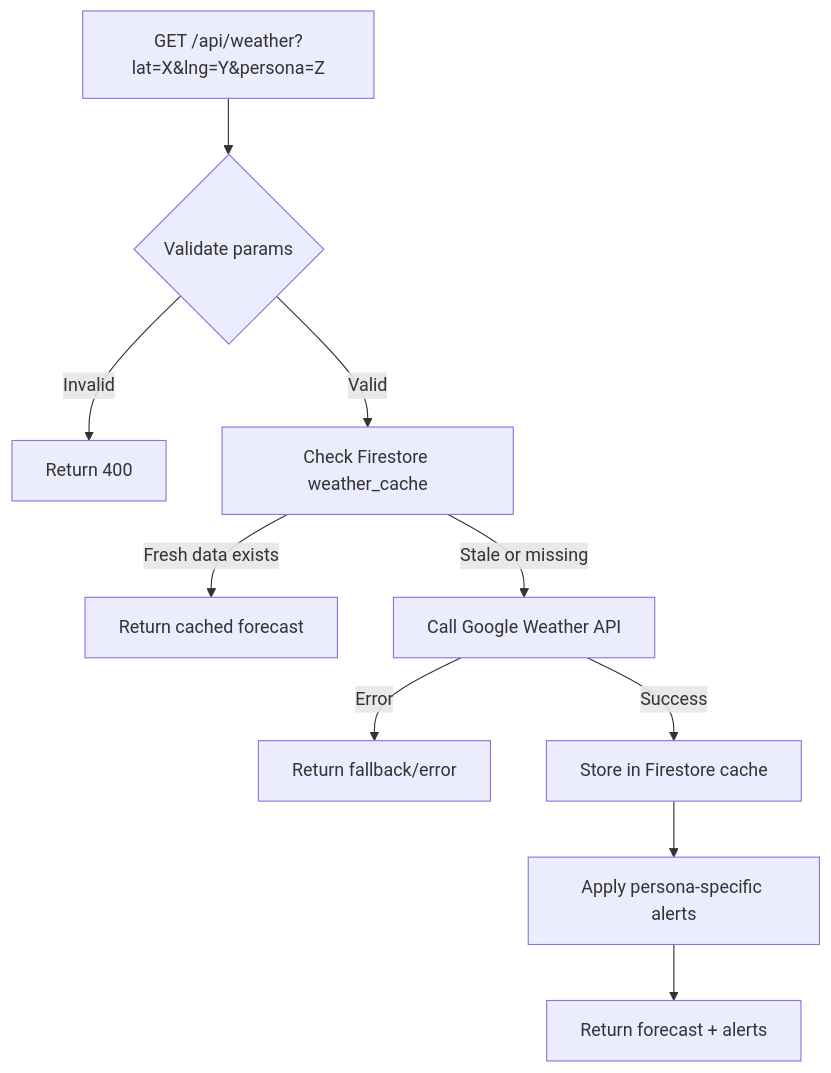
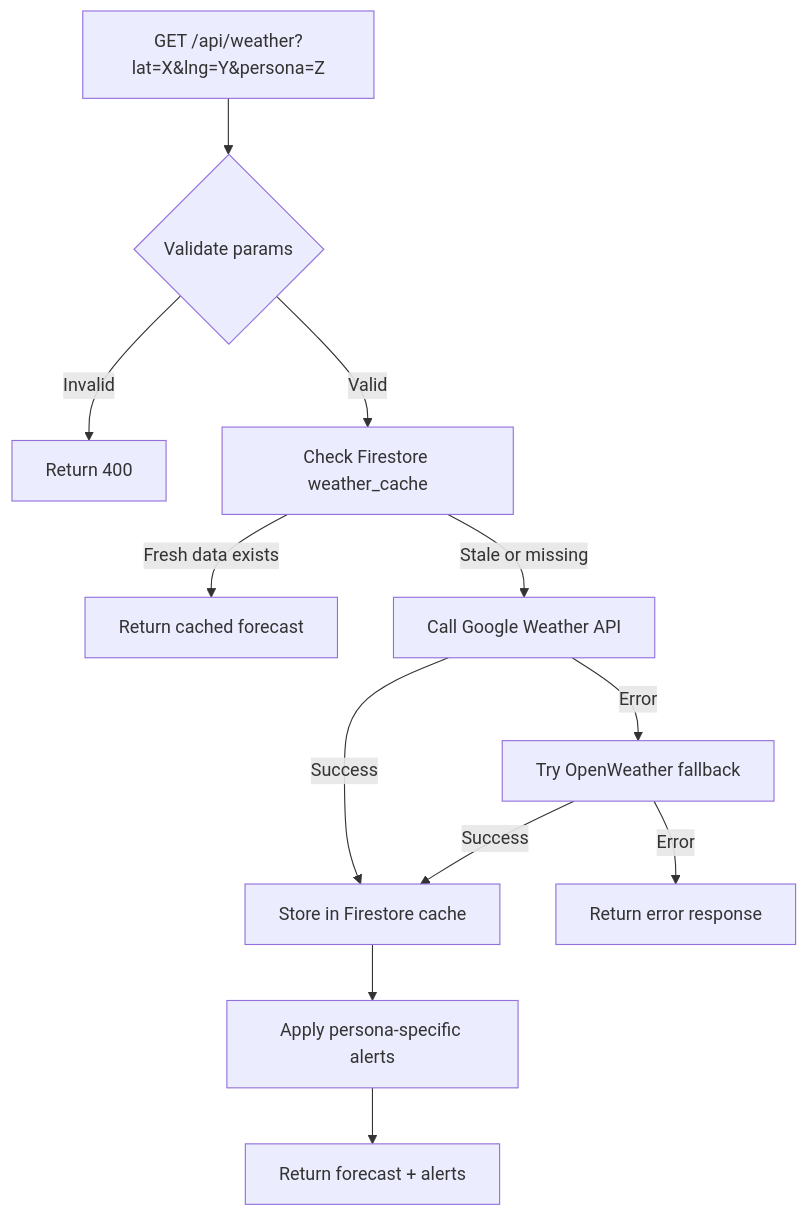
One commit to Oweeboi011/Fit-Ready-IQ changed the seventh of 17 diagrams in docs/wiki/ARCHITECTURE.md. Above: the diagram before and after it, drawn with Mermaid. The commit also changed other lines of this file and 17 other files, not shown here.

First line of the commit message:
ci: simplify to trunk-based flow and fix review bugs

````diff
--- a/docs/wiki/ARCHITECTURE.md
+++ b/docs/wiki/ARCHITECTURE.md
@@ -267,12 +279,14 @@
 ```mermaid
 flowchart TD
     A["GET /api/weather?lat=X&lng=Y&persona=Z"] --> B{Validate params}
     B -->|Invalid| C[Return 400]
     B -->|Valid| D[Check Firestore weather_cache]
     D -->|Fresh data exists| E[Return cached forecast]
     D -->|Stale or missing| F[Call Google Weather API]
-    F -->|Error| G[Return fallback/error]
-    F -->|Success| H[Store in Firestore cache]
-    H --> I[Apply persona-specific alerts]
-    I --> J[Return forecast + alerts]
+    F -->|Error| G[Try OpenWeather fallback]
+    G -->|Success| H[Store in Firestore cache]
+    G -->|Error| I[Return error response]
+    F -->|Success| H
+    H --> J[Apply persona-specific alerts]
+    J --> K[Return forecast + alerts]
 ```
````
